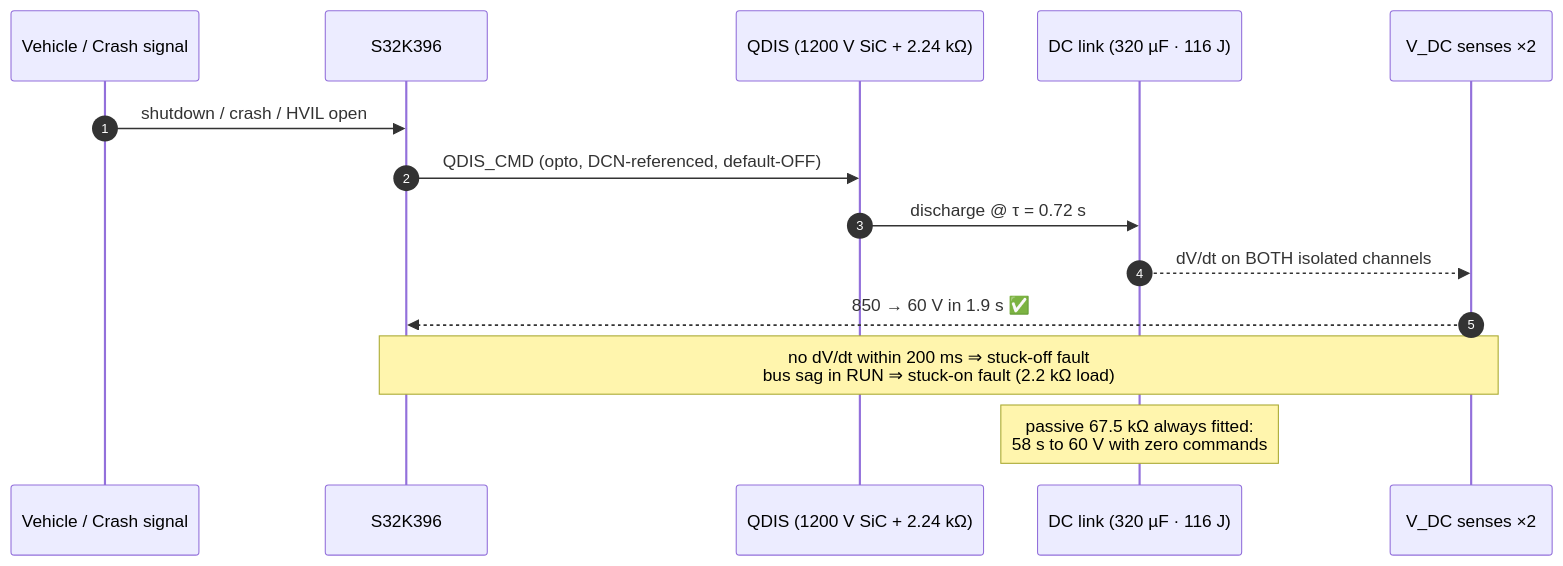
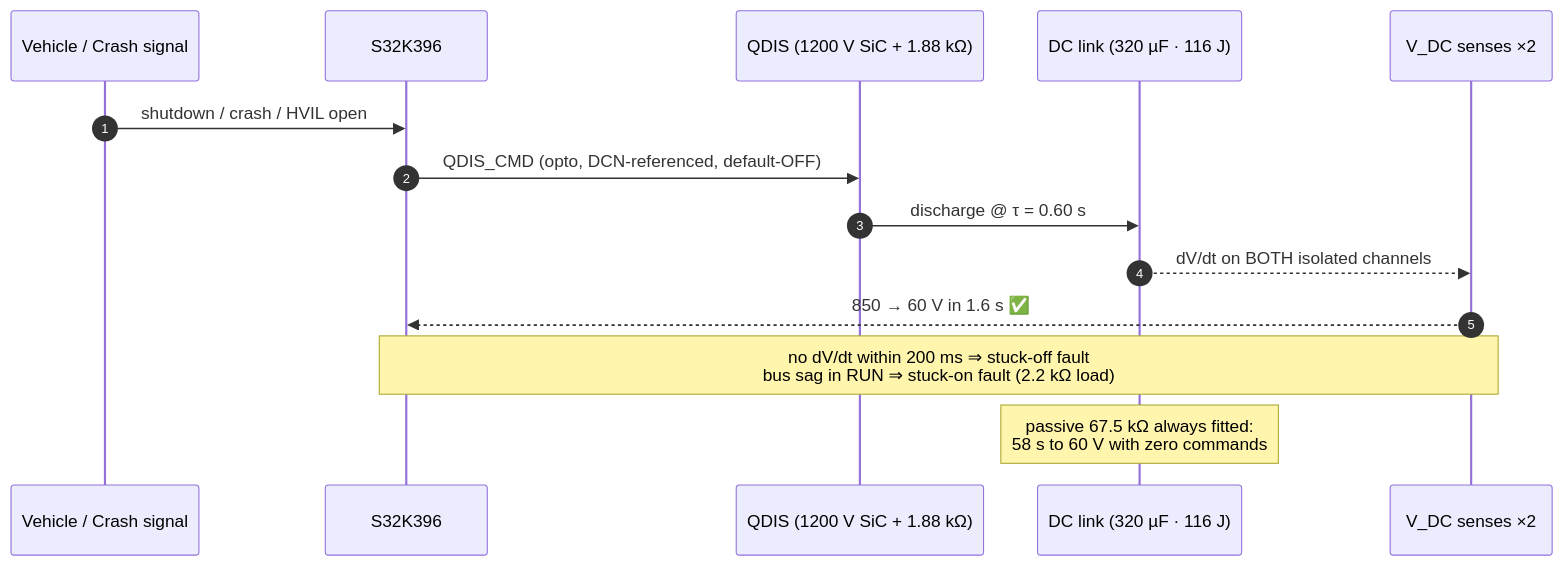
Before and after one commit to vectivolt/Traction-Inverter-GEN-1: the fourth of 9 diagrams in README.md, drawn with Mermaid. The commit also changed other lines of this file and 61 other files, not shown here.

````diff
--- a/README.md
+++ b/README.md
@@ -258,16 +260,16 @@
 ```mermaid
 sequenceDiagram
     autonumber
     participant V as Vehicle / Crash signal
     participant M as S32K396
-    participant Q as QDIS (1200 V SiC + 2.24 kΩ)
+    participant Q as QDIS (1200 V SiC + 1.88 kΩ)
     participant C as DC link (320 µF · 116 J)
     participant S as V_DC senses ×2
     V->>M: shutdown / crash / HVIL open
     M->>Q: QDIS_CMD (opto, DCN-referenced, default-OFF)
-    Q->>C: discharge @ τ = 0.72 s
+    Q->>C: discharge @ τ = 0.60 s
     C-->>S: dV/dt on BOTH isolated channels
-    S-->>M: 850 → 60 V in 1.9 s ✅
+    S-->>M: 850 → 60 V in 1.6 s ✅
     Note over M,S: no dV/dt within 200 ms ⇒ stuck-off fault<br/>bus sag in RUN ⇒ stuck-on fault (2.2 kΩ load)
     Note over C: passive 67.5 kΩ always fitted:<br/>58 s to 60 V with zero commands
 ```
````
